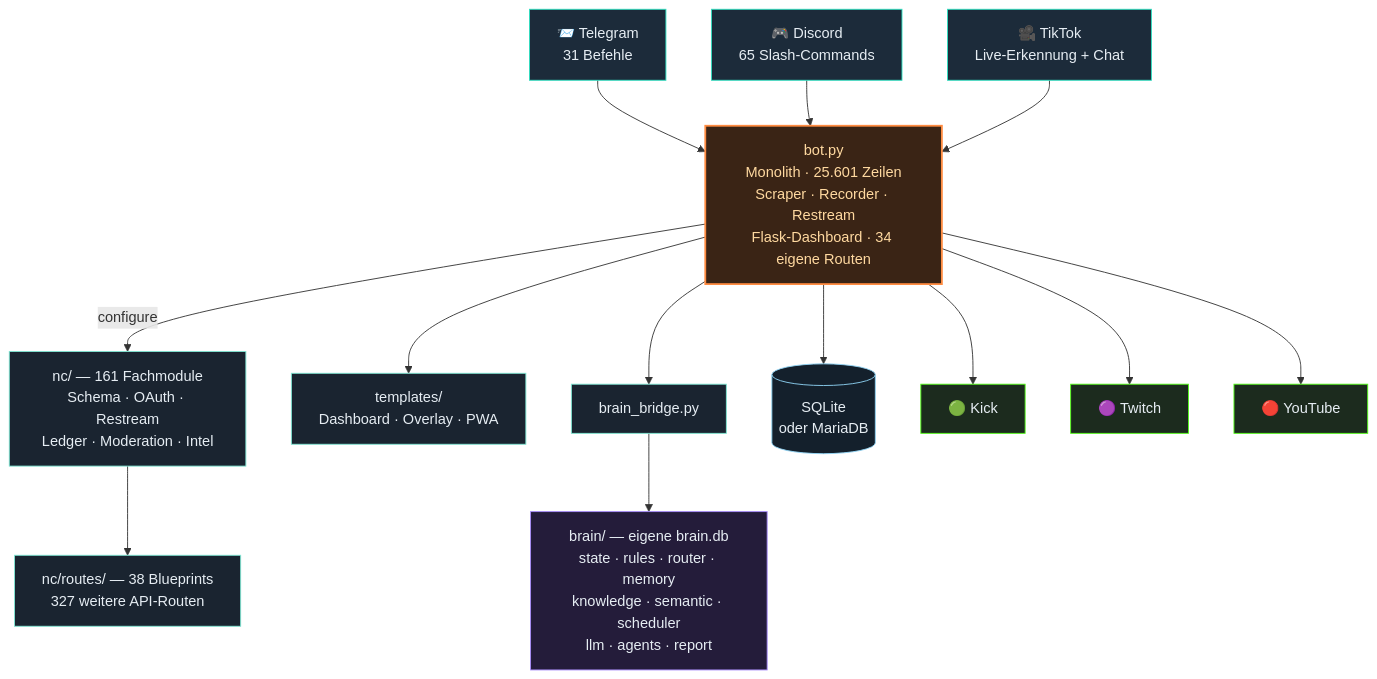
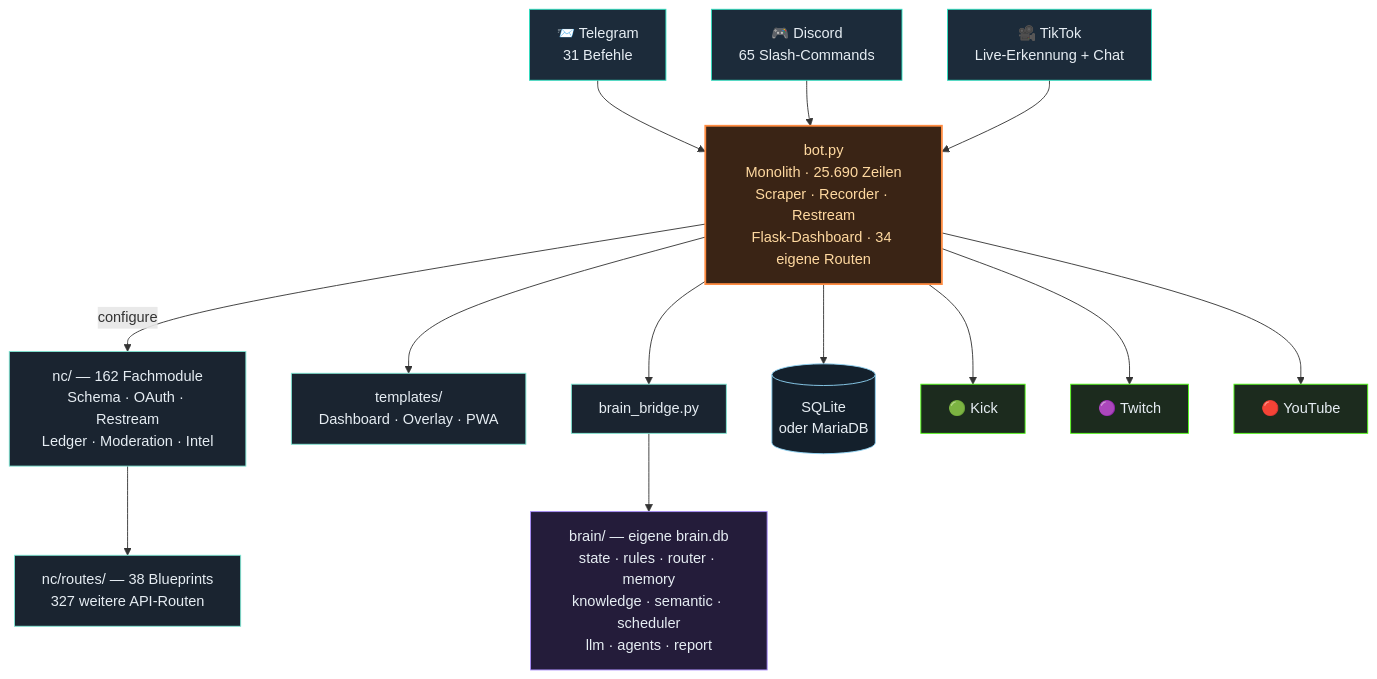
One commit to itsamemedev/Telegram-Stream-Info-Bot changed the third of 4 diagrams in README.md. Above: the diagram before and after it, drawn with Mermaid. The commit also changed other lines of this file and 9 other files, not shown here.

````diff
--- a/README.md
+++ b/README.md
@@ -189,30 +189,30 @@
 ```mermaid
 flowchart TB
     TG["📨 Telegram<br/>31 Befehle"]:::ein
     DC["🎮 Discord<br/>65 Slash-Commands"]:::ein
     TT["🎥 TikTok<br/>Live-Erkennung + Chat"]:::ein
 
     TG --> BOT
     DC --> BOT
     TT --> BOT
 
-    BOT["bot.py<br/>Monolith · 25.601 Zeilen<br/>Scraper · Recorder · Restream<br/>Flask-Dashboard · 34 eigene Routen"]:::core
+    BOT["bot.py<br/>Monolith · 25.690 Zeilen<br/>Scraper · Recorder · Restream<br/>Flask-Dashboard · 34 eigene Routen"]:::core
 
-    BOT -->|configure| NC["nc/ — 161 Fachmodule<br/>Schema · OAuth · Restream<br/>Ledger · Moderation · Intel"]:::lib
+    BOT -->|configure| NC["nc/ — 162 Fachmodule<br/>Schema · OAuth · Restream<br/>Ledger · Moderation · Intel"]:::lib
     NC --> RT["nc/routes/ — 38 Blueprints<br/>327 weitere API-Routen"]:::lib
     BOT --> TPL["templates/<br/>Dashboard · Overlay · PWA"]:::lib
     BOT --> BR["brain_bridge.py"]:::lib
     BR --> BRAIN["brain/ — eigene brain.db<br/>state · rules · router · memory<br/>knowledge · semantic · scheduler<br/>llm · agents · report"]:::brain
     BOT --> DB[("SQLite<br/>oder MariaDB")]:::db
 
     BOT --> KICK["🟢 Kick"]:::out
     BOT --> TW["🟣 Twitch"]:::out
     BOT --> YT["🔴 YouTube"]:::out
 
     classDef ein fill:#1c2b3a,stroke:#2de1c2,color:#e6edf3
     classDef core fill:#3a2415,stroke:#ff8c42,stroke-width:2px,color:#ffd9a0
     classDef lib fill:#1a2430,stroke:#7fe7d4,color:#e6edf3
     classDef brain fill:#241c3a,stroke:#a78bfa,color:#e6edf3
     classDef db fill:#14202c,stroke:#8fd3f4,color:#e6edf3
     classDef out fill:#1c2b1e,stroke:#53fc18,color:#e6edf3
 ```
````
